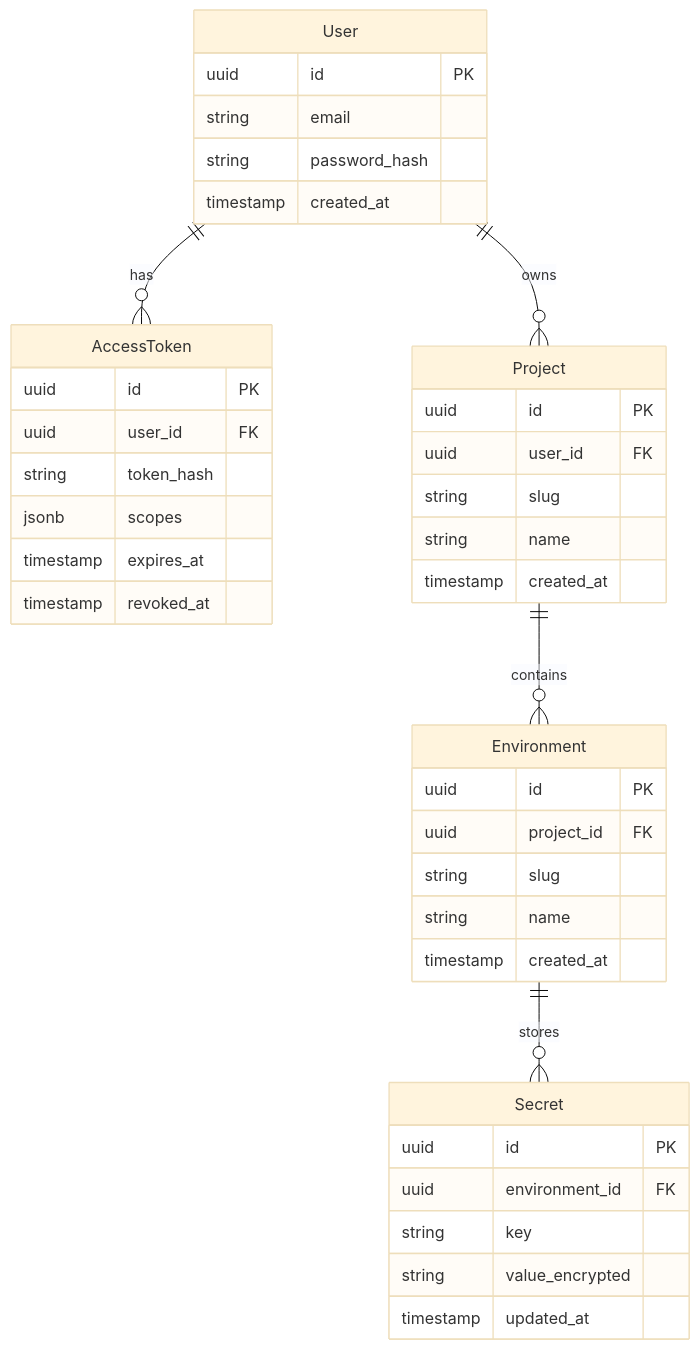
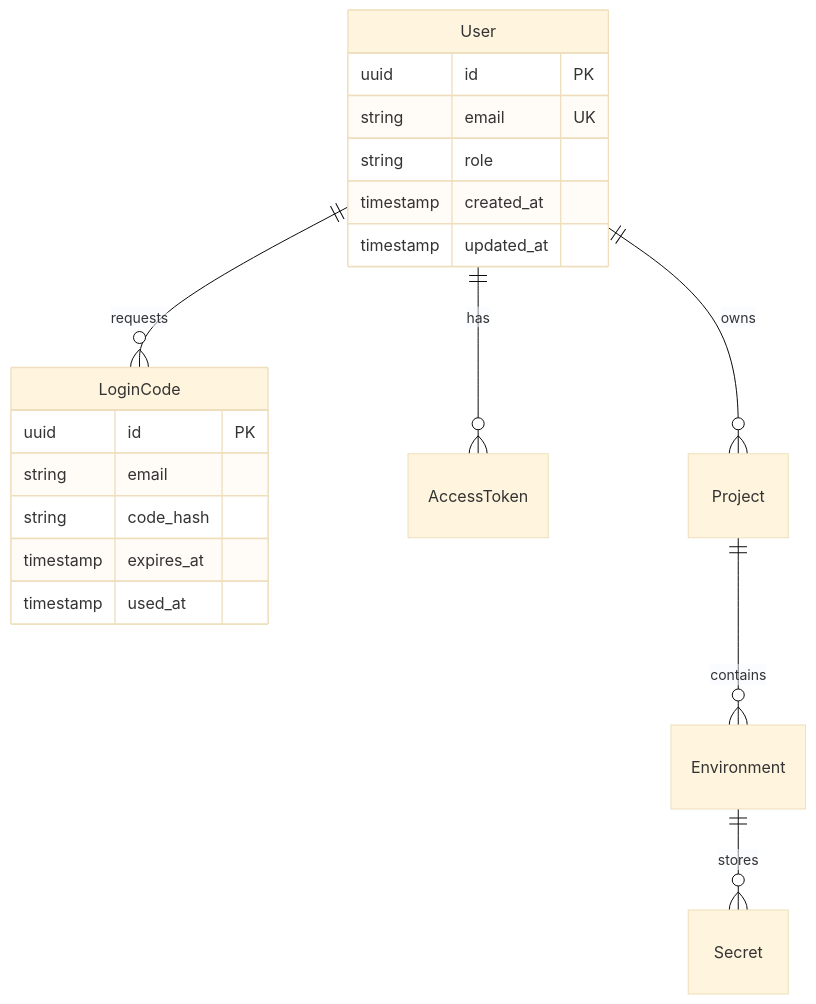
The second of 2 diagrams in docs/architecture.md (vmarinho22/envm-vault), drawn with Mermaid (base theme) before and after one commit. The commit also changed other lines of this file and 48 other files, not shown here.

````diff
--- a/docs/architecture.md
+++ b/docs/architecture.md
@@ -97,47 +95,24 @@
 ```mermaid
 erDiagram
+  User ||--o{ LoginCode : requests
   User ||--o{ AccessToken : has
   User ||--o{ Project : owns
   Project ||--o{ Environment : contains
   Environment ||--o{ Secret : stores
 
   User {
     uuid id PK
-    string email
-    string password_hash
+    string email UK
+    string role
     timestamp created_at
+    timestamp updated_at
   }
 
-  AccessToken {
+  LoginCode {
     uuid id PK
-    uuid user_id FK
-    string token_hash
-    jsonb scopes
+    string email
+    string code_hash
     timestamp expires_at
-    timestamp revoked_at
-  }
-
-  Project {
-    uuid id PK
-    uuid user_id FK
-    string slug
-    string name
-    timestamp created_at
-  }
-
-  Environment {
-    uuid id PK
-    uuid project_id FK
-    string slug
-    string name
-    timestamp created_at
-  }
-
-  Secret {
-    uuid id PK
-    uuid environment_id FK
-    string key
-    string value_encrypted
-    timestamp updated_at
+    timestamp used_at
   }
 ```
````
